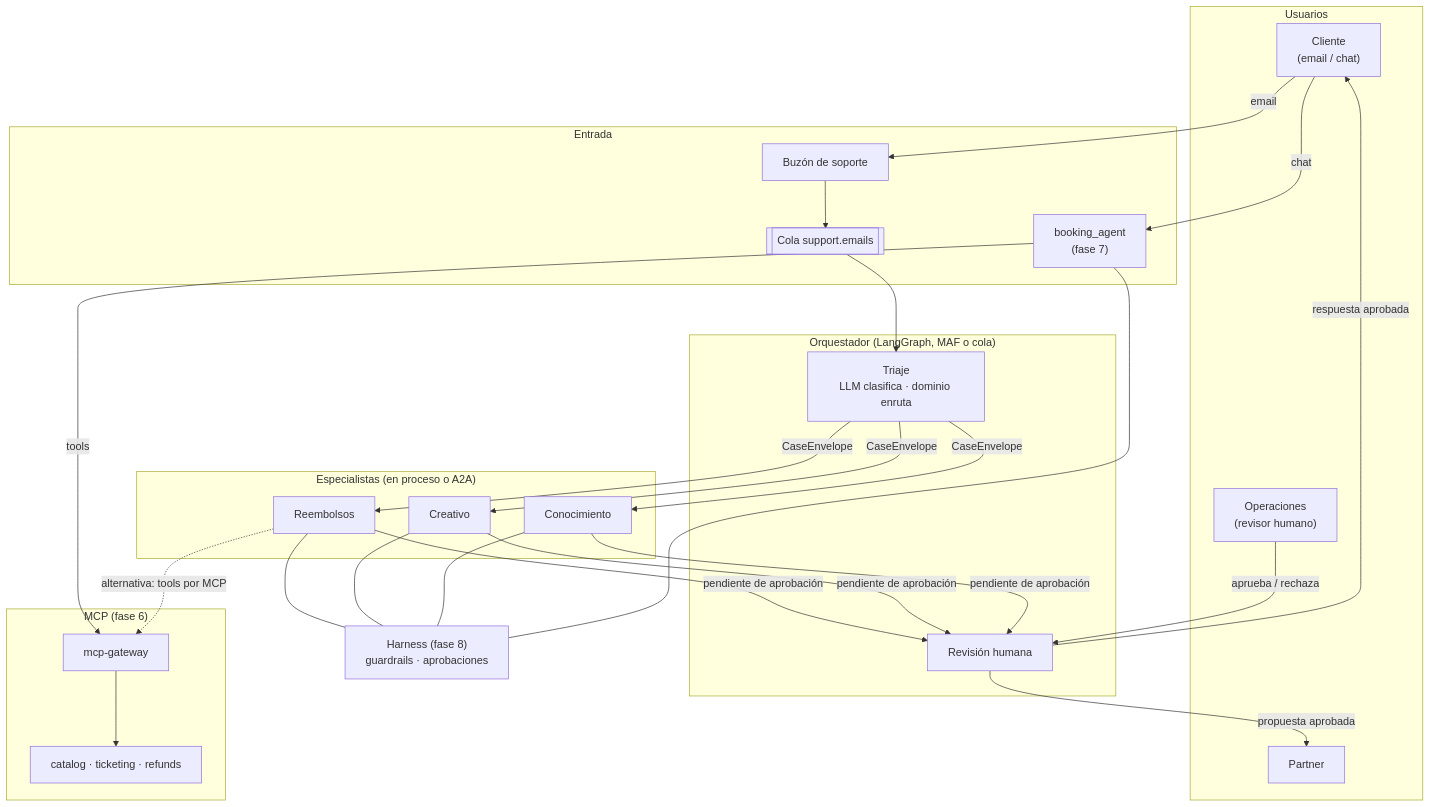
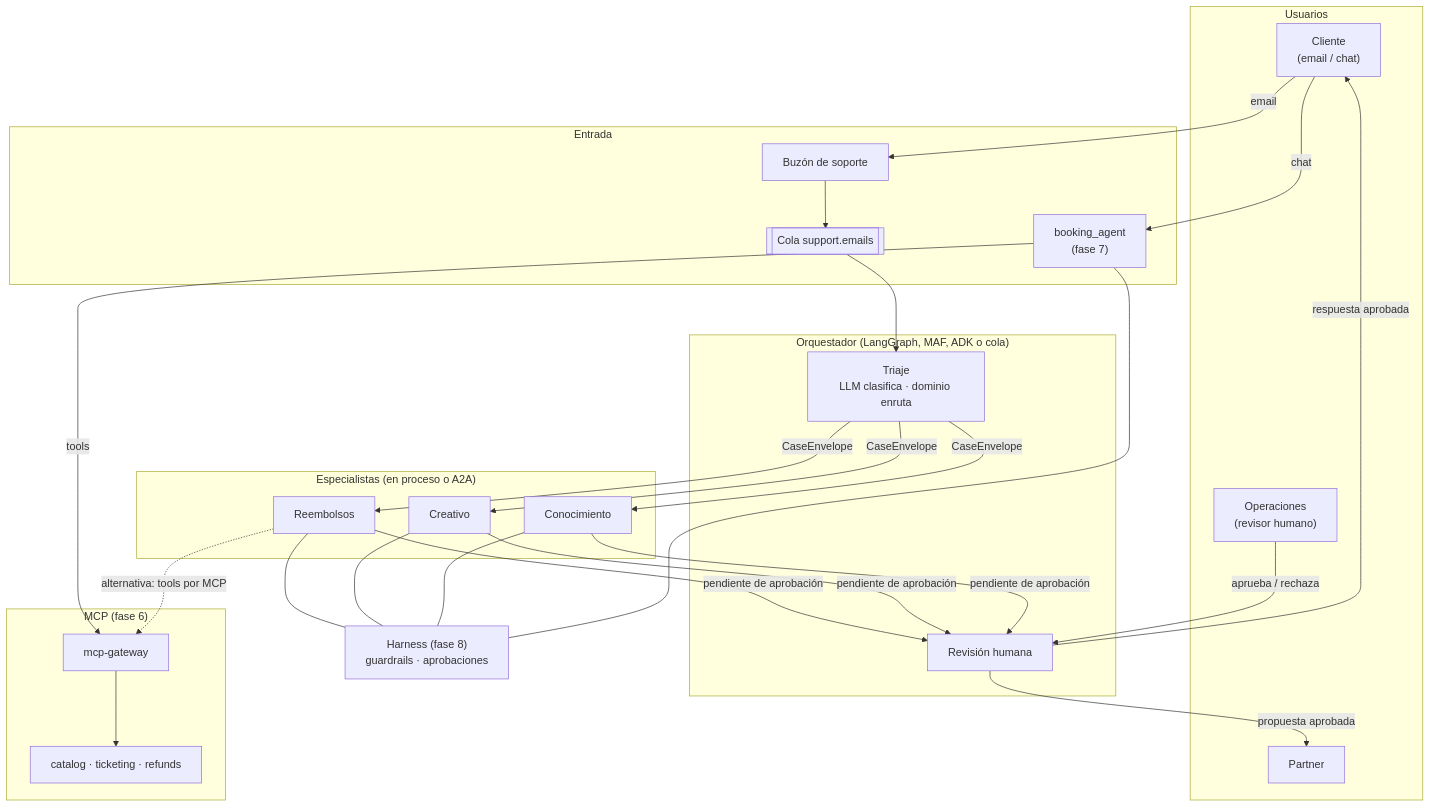
The first of 2 diagrams in docs/fase-9-multiagente.md (SergioVelmay/GenAI_PoCs), drawn with Mermaid before and after one commit. The commit also changed other lines of this file and 19 other files, not shown here.

````diff
--- a/docs/fase-9-multiagente.md
+++ b/docs/fase-9-multiagente.md
@@ -21,49 +21,49 @@
 ```mermaid
 flowchart TB
   subgraph U["Usuarios"]
     CLI["Cliente<br/>(email / chat)"]
     OPS["Operaciones<br/>(revisor humano)"]
     PAR["Partner"]
   end
 
   subgraph CH["Entrada"]
     MAIL["Buzón de soporte"]
     Q[["Cola support.emails"]]
     CHAT["booking_agent<br/>(fase 7)"]
   end
 
-  subgraph ORQ["Orquestador (LangGraph, MAF o cola)"]
+  subgraph ORQ["Orquestador (LangGraph, MAF, ADK o cola)"]
     TRI["Triaje<br/>LLM clasifica · dominio enruta"]
     HR["Revisión humana"]
   end
 
   subgraph SPEC["Especialistas (en proceso o A2A)"]
     REF["Reembolsos"]
     CRE["Creativo"]
     KNO["Conocimiento"]
   end
 
   subgraph MCP["MCP (fase 6)"]
     GW["mcp-gateway"]
     MS["catalog · ticketing · refunds"]
     GW --> MS
   end
 
   HAR["Harness (fase 8)<br/>guardrails · aprobaciones"]
 
   CLI -->|"email"| MAIL
   MAIL --> Q
   Q --> TRI
   CLI -->|"chat"| CHAT
 
   TRI -->|"CaseEnvelope"| REF & CRE & KNO
   REF & CRE & KNO -->|"pendiente de aprobación"| HR
   OPS -->|"aprueba / rechaza"| HR
 
   CHAT -->|"tools"| GW
   REF -.->|"alternativa: tools por MCP"| GW
 
   REF & CRE & KNO & CHAT --- HAR
   HR -->|"respuesta aprobada"| CLI
   HR -->|"propuesta aprobada"| PAR
 ```
````
